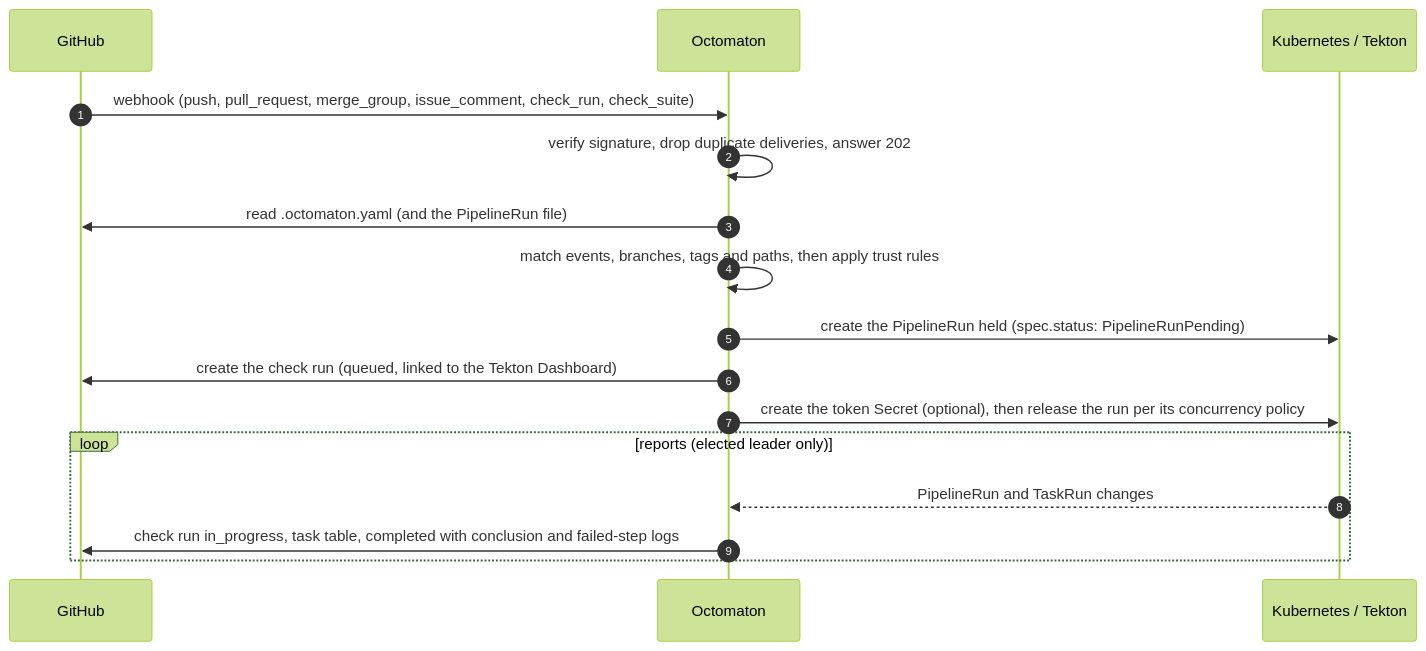
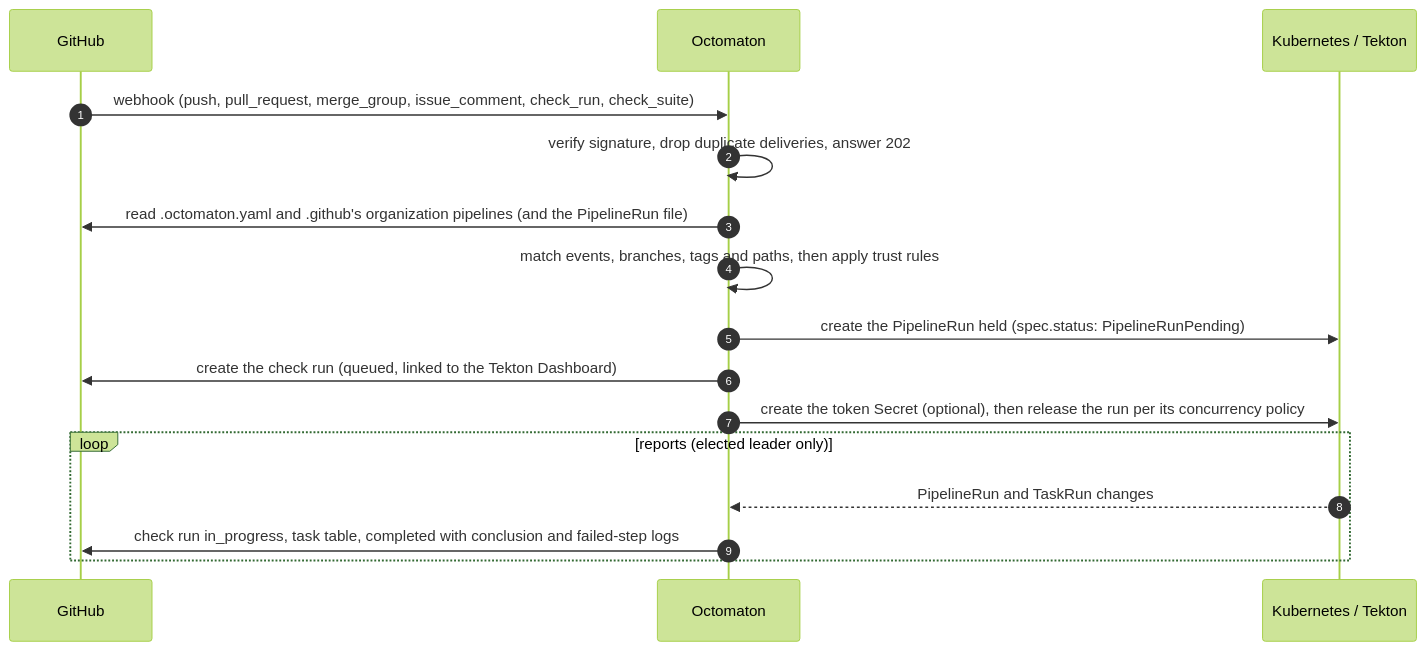
Before and after one commit to arikkfir-org/octomaton: the diagram in README.md, drawn with Mermaid (forest theme). The commit also changed other lines of this file and 12 other files, not shown here.

First line of the commit message:
feat: organization pipelines declared once in the owner's .github repository

````diff
--- a/README.md
+++ b/README.md
@@ -13,18 +15,18 @@
 ```mermaid
 sequenceDiagram
   autonumber
   participant GH as GitHub
   participant SB as Octomaton
   participant K8s as Kubernetes / Tekton
   GH->>SB: webhook (push, pull_request, merge_group, issue_comment, check_run, check_suite)
   SB->>SB: verify signature, drop duplicate deliveries, answer 202
-  SB->>GH: read .octomaton.yaml (and the PipelineRun file)
+  SB->>GH: read .octomaton.yaml and .github's organization pipelines (and the PipelineRun file)
   SB->>SB: match events, branches, tags and paths, then apply trust rules
   SB->>K8s: create the PipelineRun held (spec.status: PipelineRunPending)
   SB->>GH: create the check run (queued, linked to the Tekton Dashboard)
   SB->>K8s: create the token Secret (optional), then release the run per its concurrency policy
   loop reports (elected leader only)
     K8s-->>SB: PipelineRun and TaskRun changes
     SB->>GH: check run in_progress, task table, completed with conclusion and failed-step logs
   end
 ```
````
